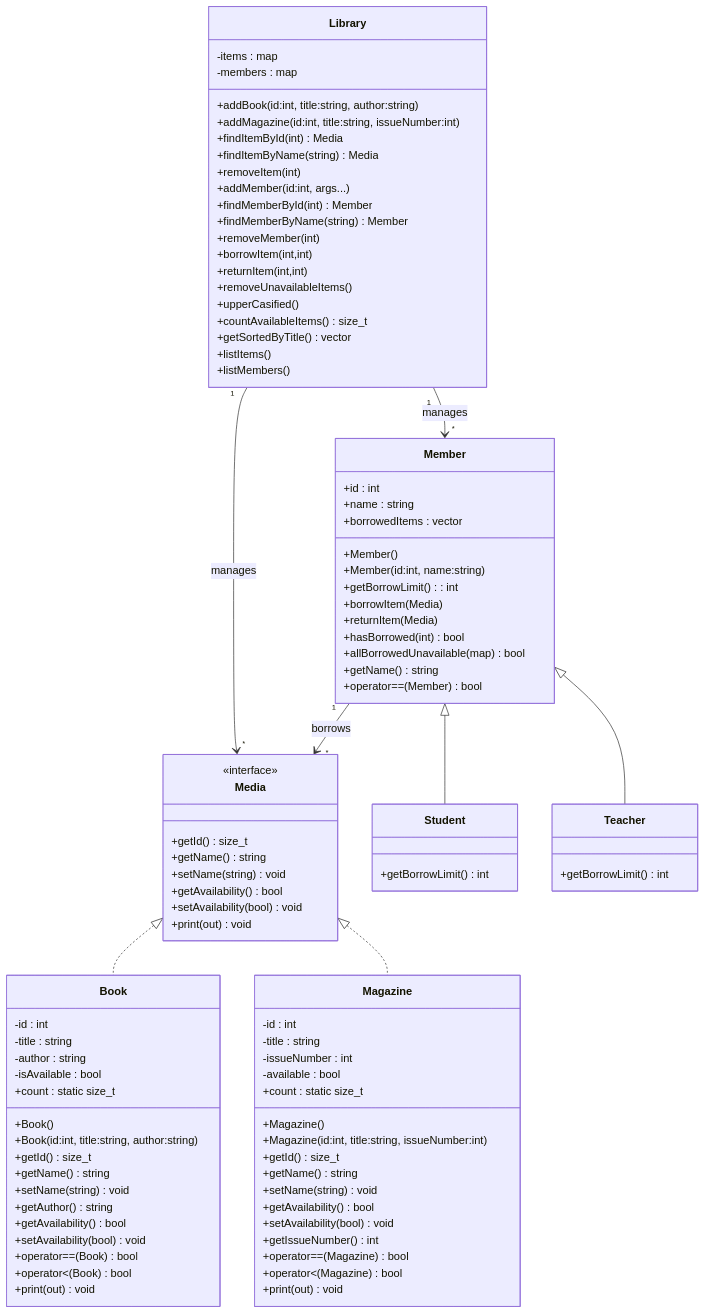
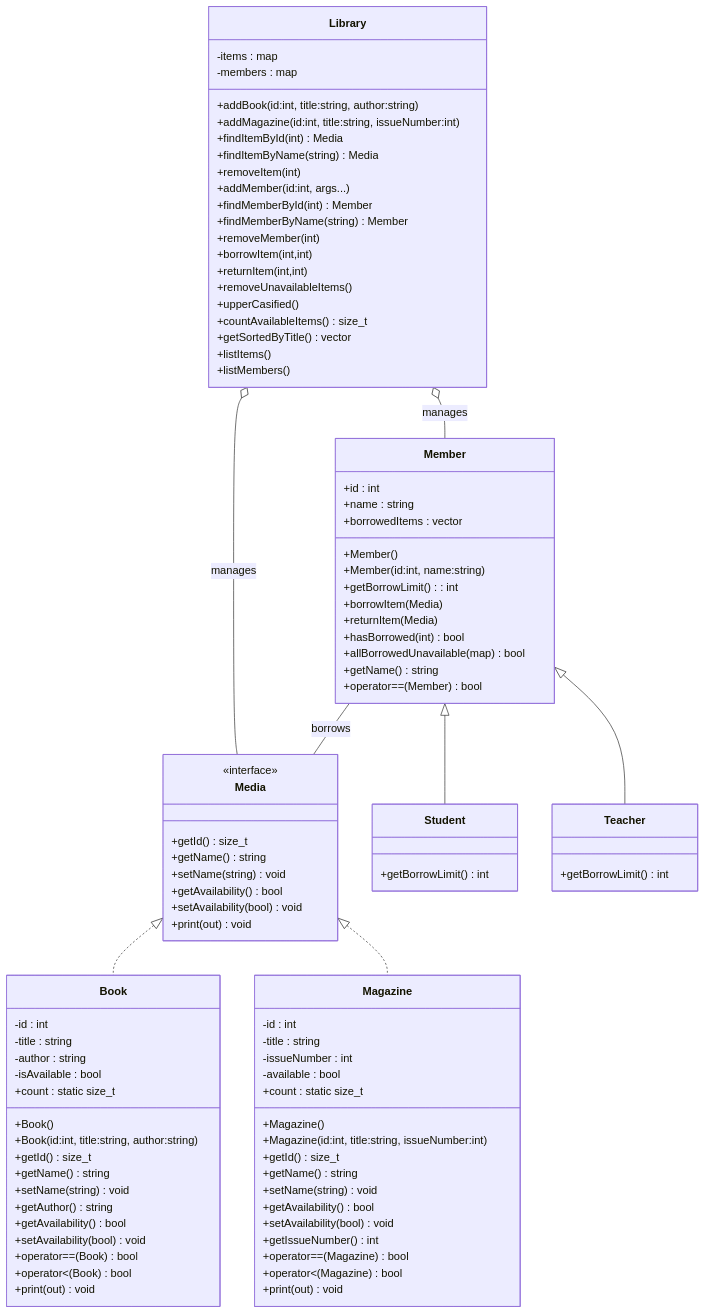
One commit to Frozen-Potato/WhateverTheFuckThisIs changed the fifth of 7 diagrams in The C++/Classes/Exercise/Library/Diagram.md. Above: the diagram before and after it, drawn with Mermaid.

Commit message:
Fix relationship between classes

````diff
--- a/The C++/Classes/Exercise/Library/Diagram.md
+++ b/The C++/Classes/Exercise/Library/Diagram.md
@@ -245,14 +245,16 @@
         +listMembers()
     }
 
-    %% Inheritance
+    %% Inheritance (is-a)
     Media <|.. Book
     Media <|.. Magazine
     Member <|-- Student
     Member <|-- Teacher
 
-    %% Associations
-    Library "1" --> "*" Media : manages
-    Library "1" --> "*" Member : manages
-    Member "1" --> "*" Media : borrows
+    %% Aggregation (unfilled diamond)
+    Library o-- Media : manages
+    Library o-- Member : manages
+
+    %% Association (straight line)
+    Member -- Media : borrows
 ```
````
